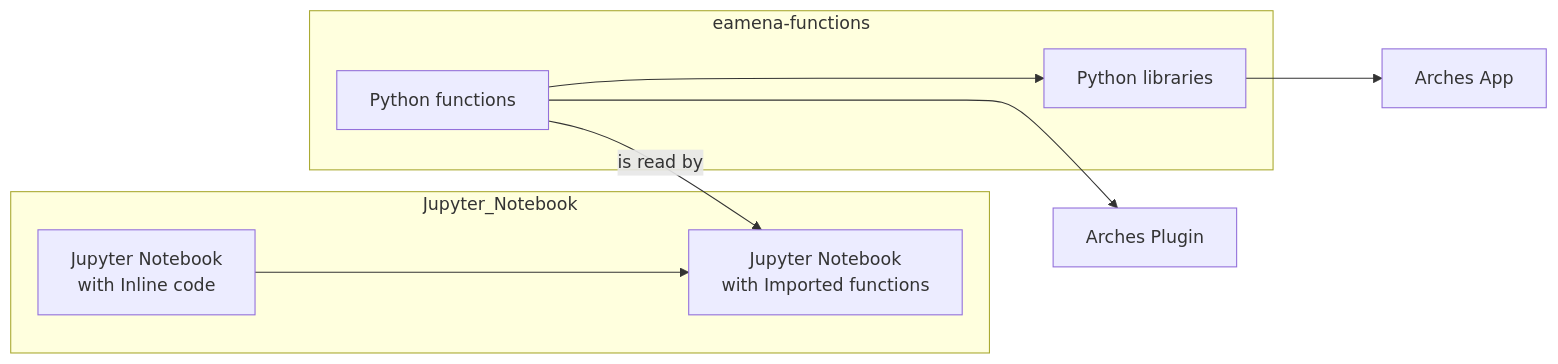
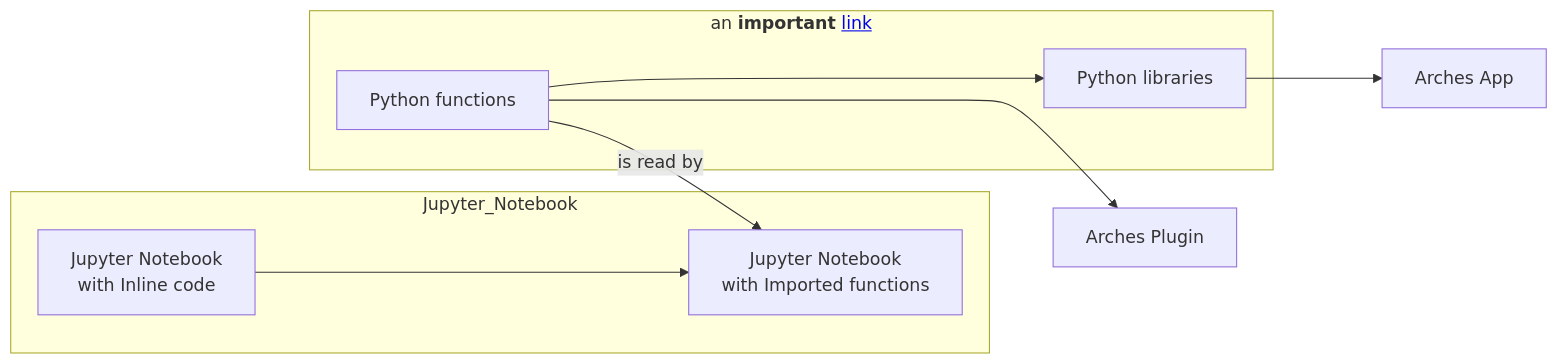
One commit to eamena-project/eamena-arches-dev changed the second of 2 diagrams in talks/2025-eamena_db_training/README.md. Above: the diagram before and after it, drawn with Mermaid.

````diff
--- a/talks/2025-eamena_db_training/README.md
+++ b/talks/2025-eamena_db_training/README.md
@@ -57,23 +57,23 @@
 ```mermaid
 flowchart LR
 	A[Jupyter Notebook<br>with Inline code] ---> B[Jupyter Notebook<br>with Imported functions]
 	C[Python functions] -- is read by --> B
 	C ---> D[Arches Plugin]
 	C ---> E[Python libraries]
 	E ---> F[Arches App]
 	subgraph Jupyter_Notebook
 		A;
 		B;
 	end
-	subgraph GitHub[eamena-functions]
+	subgraph GitHub[an <b>important</b> <a href='http://google.com'>link</a>]
 		C;
 		E;
   	end
 
   click Jupyter_Notebook "https://github.com/eamena-project/eamena-functions" _blank
   click D "https://database.eamena.org/citations/" _blank
   click B "https://colab.research.google.com/github/eamena-project/eamena-arches-dev/blob/main/dbs/database.eamena/citation/citation_generator.ipynb" _blank
   click C "https://github.com/eamena-project/eamena-functions/blob/main/zenodo/zenodo.py" _blank
   
   
 ```
````
